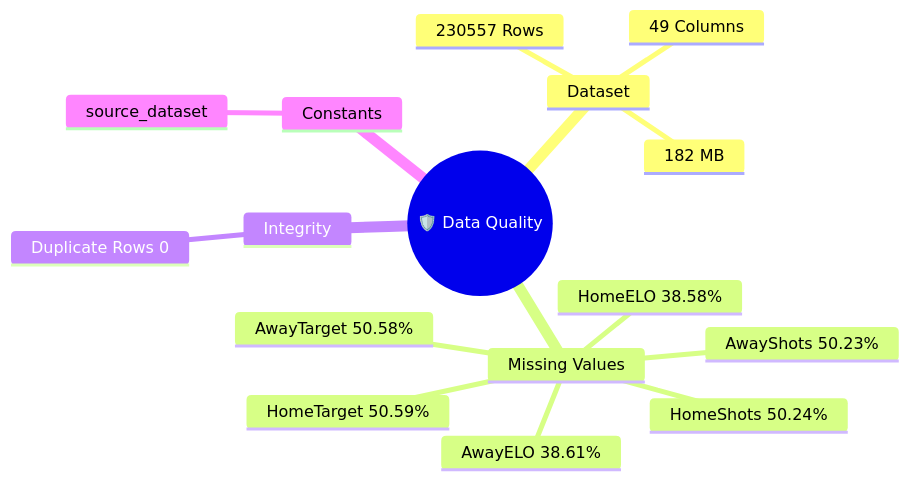
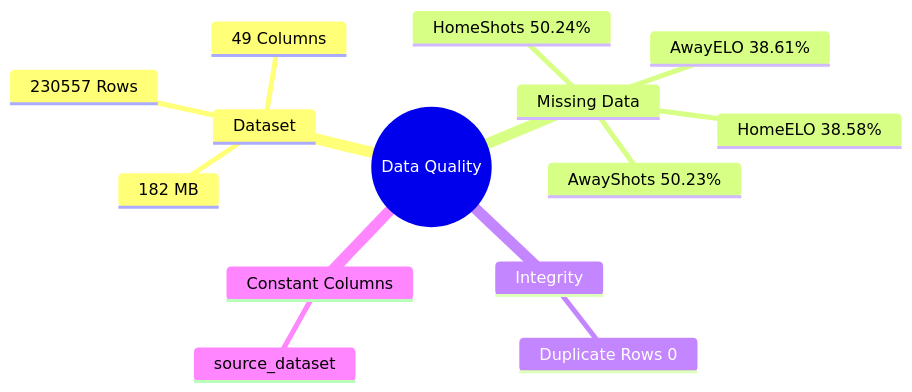
Before and after one commit to sai-ganesh-4539/StatVault: the fifth of 8 diagrams in Match_Prediction_Intelligence.md, drawn with Mermaid. The commit also changed other lines of this file, not shown here.

````diff
--- a/Match_Prediction_Intelligence.md
+++ b/Match_Prediction_Intelligence.md
@@ -296,25 +225,21 @@
 ```mermaid
 mindmap
-  root((🛡️ Data Quality))
+  root((Data Quality))
 
     Dataset
       230557 Rows
       49 Columns
       182 MB
 
-    Missing Values
+    Missing Data
       HomeELO 38.58%
       AwayELO 38.61%
-
       HomeShots 50.24%
       AwayShots 50.23%
-
-      HomeTarget 50.59%
-      AwayTarget 50.58%
 
     Integrity
       Duplicate Rows 0
 
-    Constants
+    Constant Columns
       source_dataset
 ```
````
